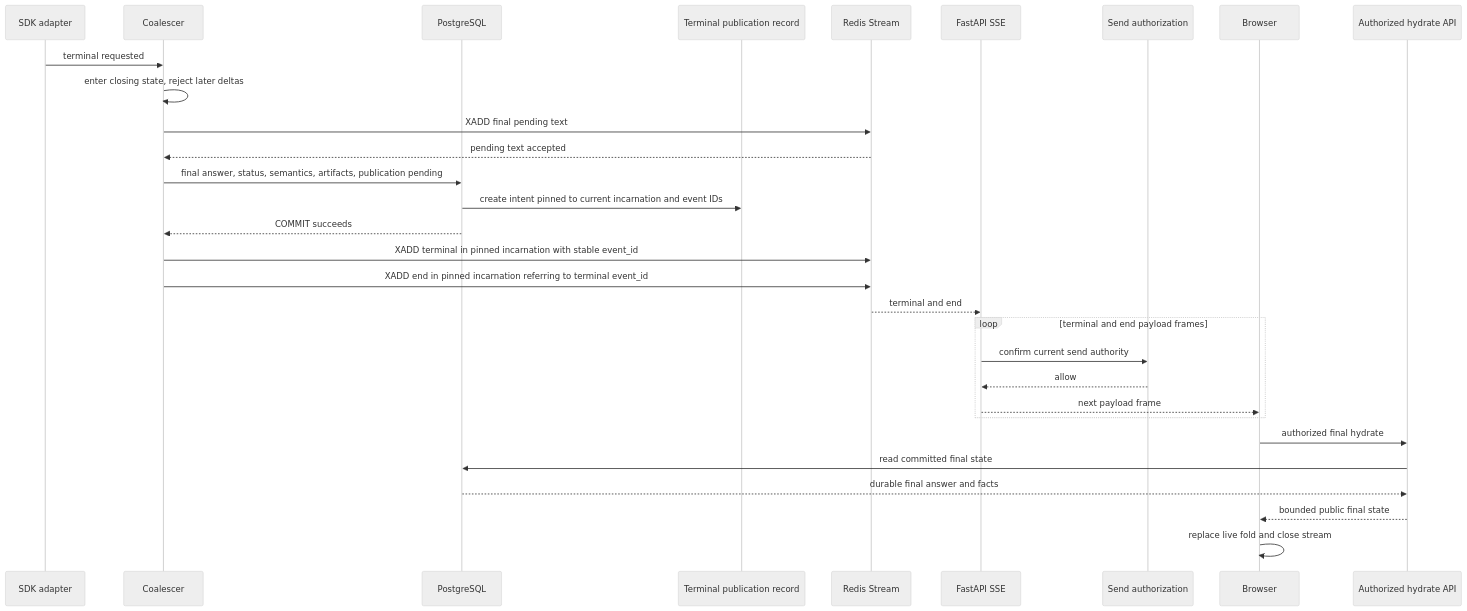
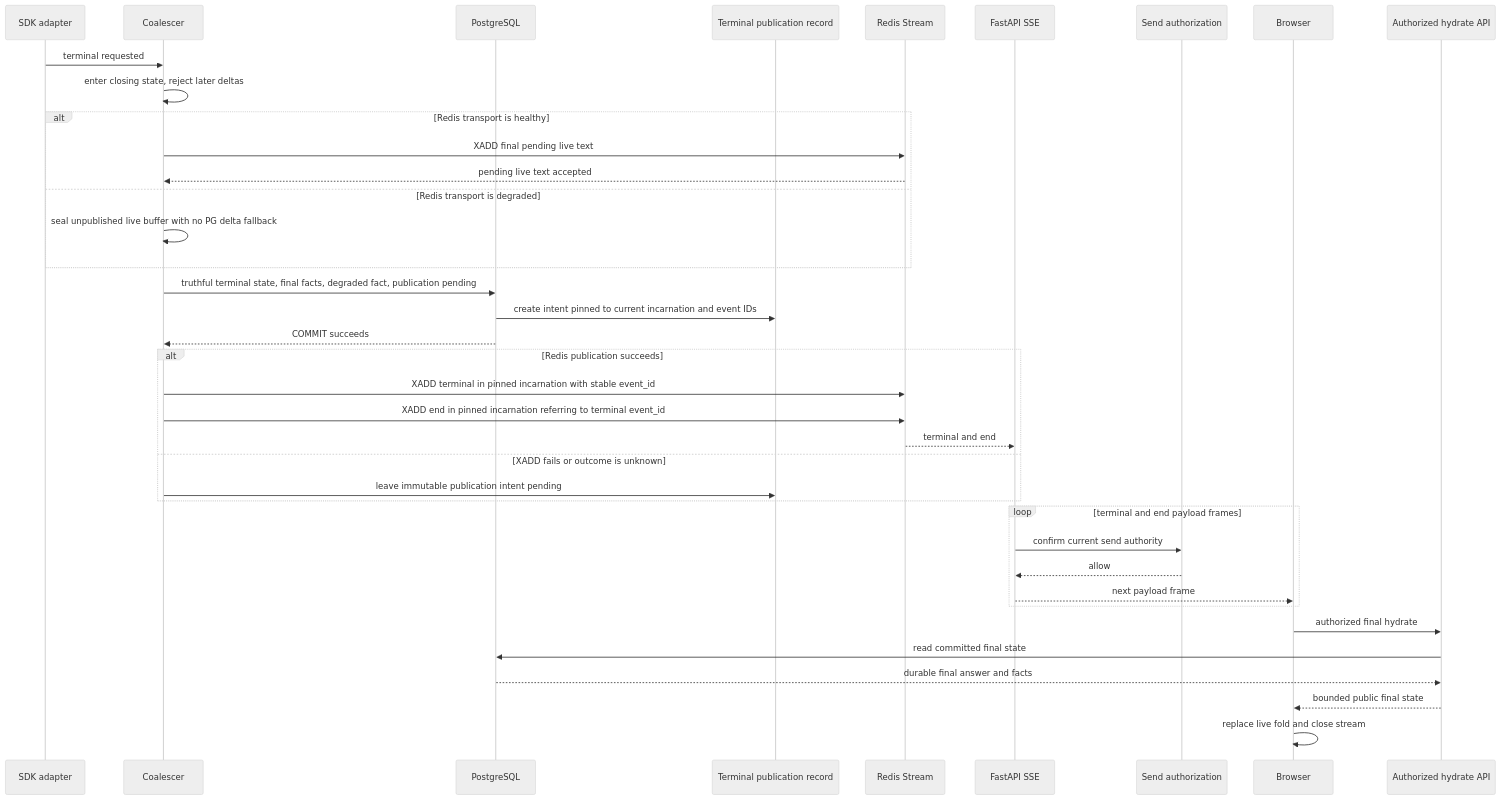
The sixth of 8 diagrams in docs/architecture/redis-streams-sse-event-channel.md (demonsxxxxxx/ai-platform), drawn with Mermaid (neutral theme) before and after one commit. The commit also changed other lines of this file and 3 other files, not shown here.

````diff
--- a/docs/architecture/redis-streams-sse-event-channel.md
+++ b/docs/architecture/redis-streams-sse-event-channel.md
@@ -311,33 +393,41 @@
 ```mermaid
 sequenceDiagram
     participant SDK as SDK adapter
     participant C as Coalescer
     participant PG as PostgreSQL
     participant O as Terminal publication record
     participant R as Redis Stream
     participant A as FastAPI SSE
     participant Auth as Send authorization
     participant B as Browser
     participant H as Authorized hydrate API
 
     SDK->>C: terminal requested
     C->>C: enter closing state, reject later deltas
-    C->>R: XADD final pending text
-    R-->>C: pending text accepted
-    C->>PG: final answer, status, semantics, artifacts, publication pending
+    alt Redis transport is healthy
+        C->>R: XADD final pending live text
+        R-->>C: pending live text accepted
+    else Redis transport is degraded
+        C->>C: seal unpublished live buffer with no PG delta fallback
+    end
+    C->>PG: truthful terminal state, final facts, degraded fact, publication pending
     PG->>O: create intent pinned to current incarnation and event IDs
     PG-->>C: COMMIT succeeds
-    C->>R: XADD terminal in pinned incarnation with stable event_id
-    C->>R: XADD end in pinned incarnation referring to terminal event_id
-    R-->>A: terminal and end
+    alt Redis publication succeeds
+        C->>R: XADD terminal in pinned incarnation with stable event_id
+        C->>R: XADD end in pinned incarnation referring to terminal event_id
+        R-->>A: terminal and end
+    else XADD fails or outcome is unknown
+        C->>O: leave immutable publication intent pending
+    end
     loop terminal and end payload frames
         A->>Auth: confirm current send authority
         Auth-->>A: allow
         A-->>B: next payload frame
     end
     B->>H: authorized final hydrate
     H->>PG: read committed final state
     PG-->>H: durable final answer and facts
     H-->>B: bounded public final state
     B->>B: replace live fold and close stream
 ```
````
